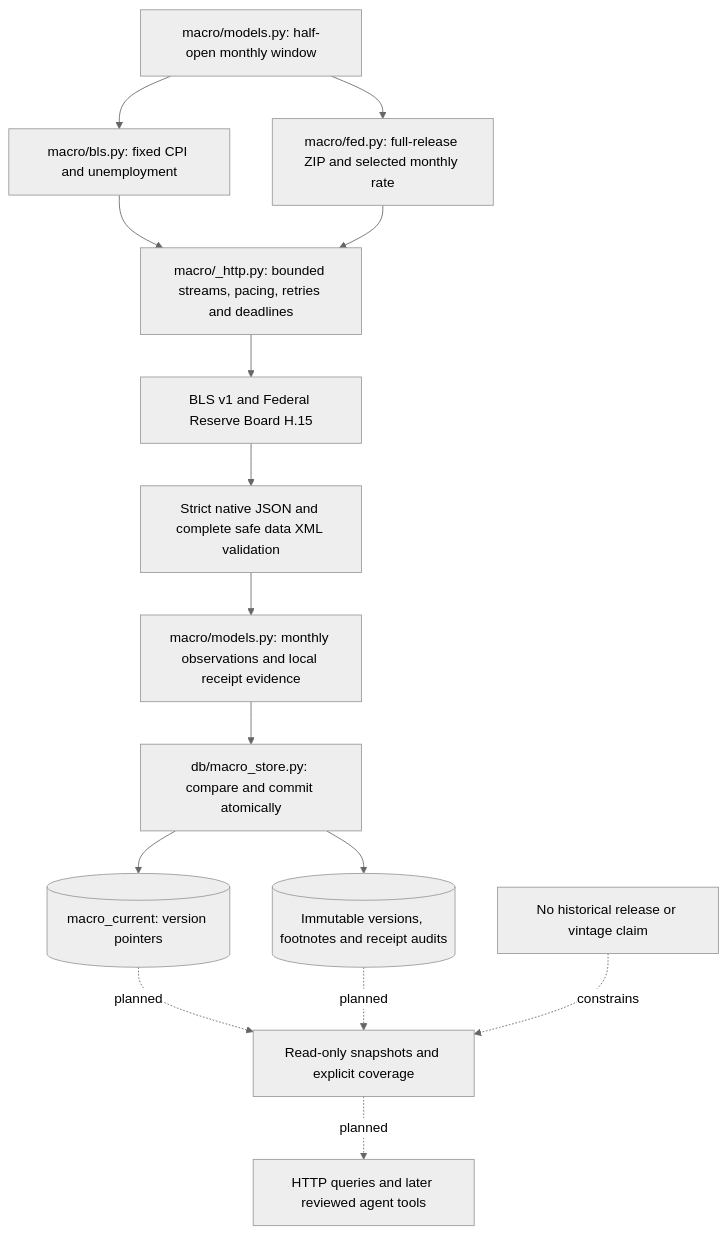
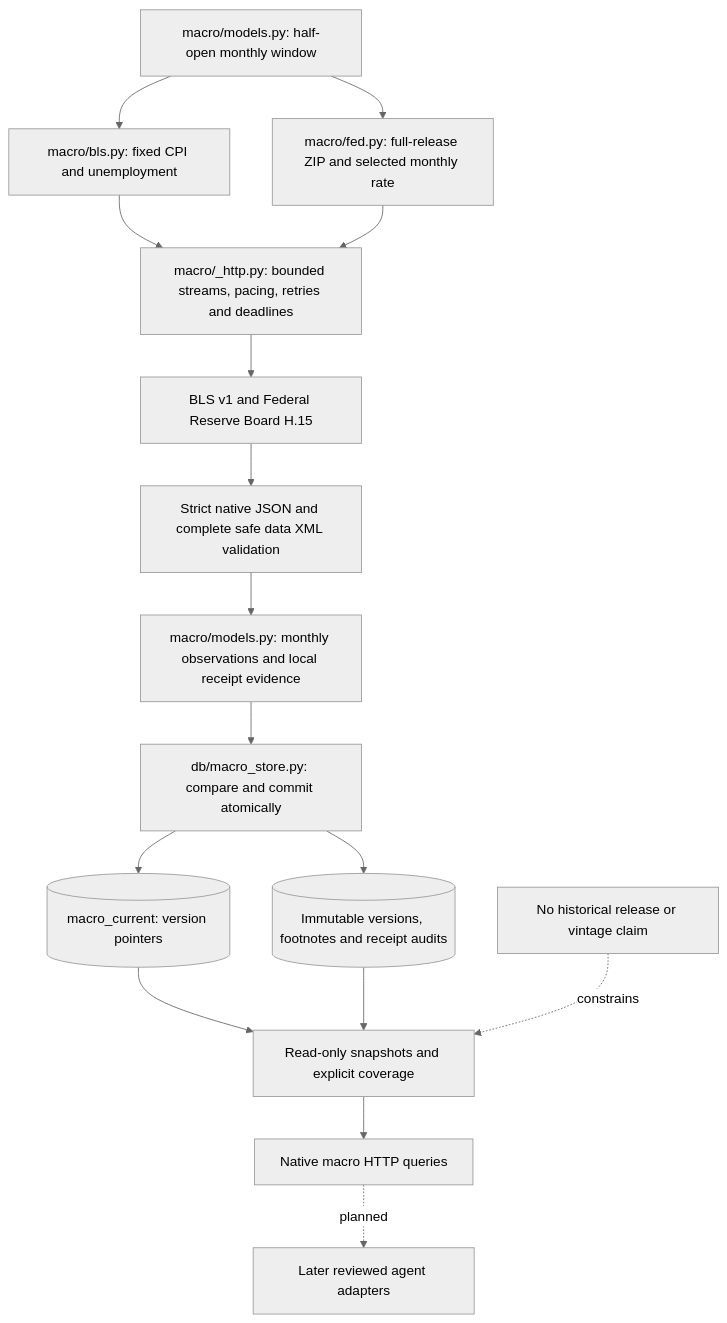
The third of 5 diagrams in ARCHITECTURE.md (edramosreis/ai-market-intelligence), drawn with Mermaid (neutral theme) before and after one commit. The commit also changed other lines of this file and 9 other files, not shown here.

Commit message:
Add native macro reader queries and API routes

````diff
--- a/ARCHITECTURE.md
+++ b/ARCHITECTURE.md
@@ -486,17 +487,18 @@
 ```mermaid
 flowchart TD
     Window[macro/models.py: half-open monthly window] --> BLS[macro/bls.py: fixed CPI and unemployment]
     Window --> Fed[macro/fed.py: full-release ZIP and selected monthly rate]
     BLS --> Transport[macro/_http.py: bounded streams, pacing, retries and deadlines]
     Fed --> Transport
     Transport --> Sources[BLS v1 and Federal Reserve Board H.15]
     Sources --> Validate[Strict native JSON and complete safe data XML validation]
     Validate --> Contract[macro/models.py: monthly observations and local receipt evidence]
     Contract --> Store[db/macro_store.py: compare and commit atomically]
     Store --> Current[(macro_current: version pointers)]
     Store --> Revisions[(Immutable versions, footnotes and receipt audits)]
-    Current -. planned .-> Reader[Read-only snapshots and explicit coverage]
-    Revisions -. planned .-> Reader
-    Reader -. planned .-> API[HTTP queries and later reviewed agent tools]
+    Current --> Reader[Read-only snapshots and explicit coverage]
+    Revisions --> Reader
+    Reader --> API[Native macro HTTP queries]
+    API -. planned .-> Agent[Later reviewed agent adapters]
     Limits[No historical release or vintage claim] -. constrains .-> Reader
 ```
````
